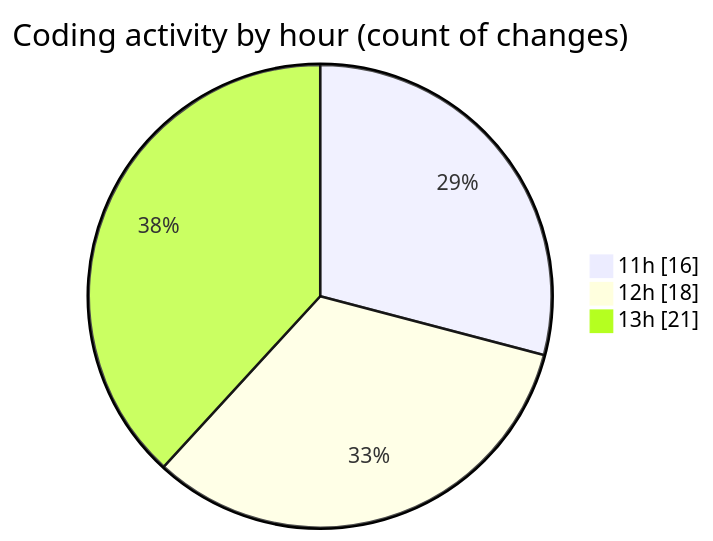
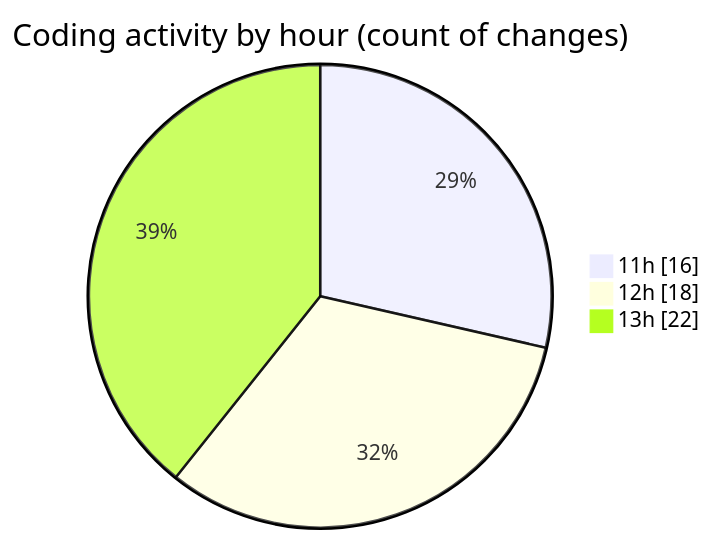
Before and after one commit to nxtqubesakshisongat/code-tracking: the second of 2 diagrams in 2025-10-01/nxtqube_webapp/README.md, drawn with Mermaid. The commit also changed other lines of this file and 1 other file, not shown here.

````diff
--- a/2025-10-01/nxtqube_webapp/README.md
+++ b/2025-10-01/nxtqube_webapp/README.md
@@ -31,7 +31,7 @@
 ```mermaid
 pie showData
 title Coding activity by hour (count of changes)
 "11h" : 16
 "12h" : 18
-"13h" : 21
+"13h" : 22
 ```
````
